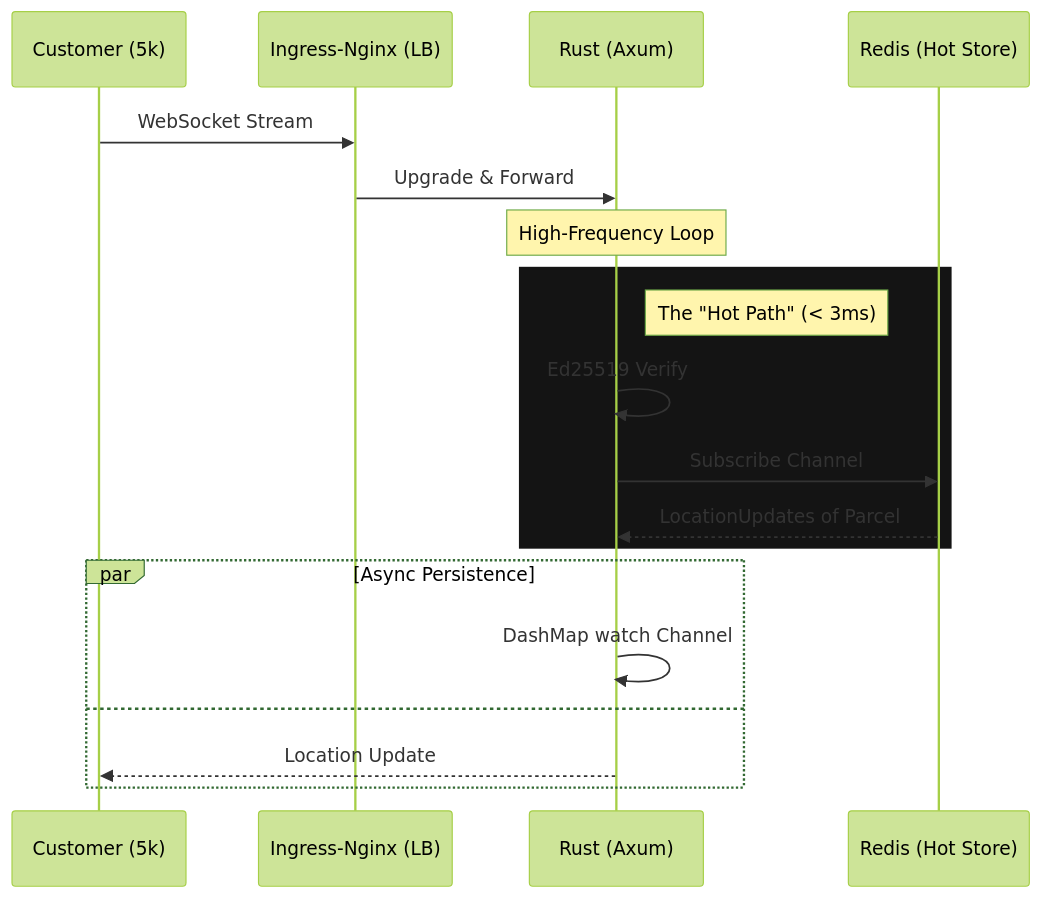
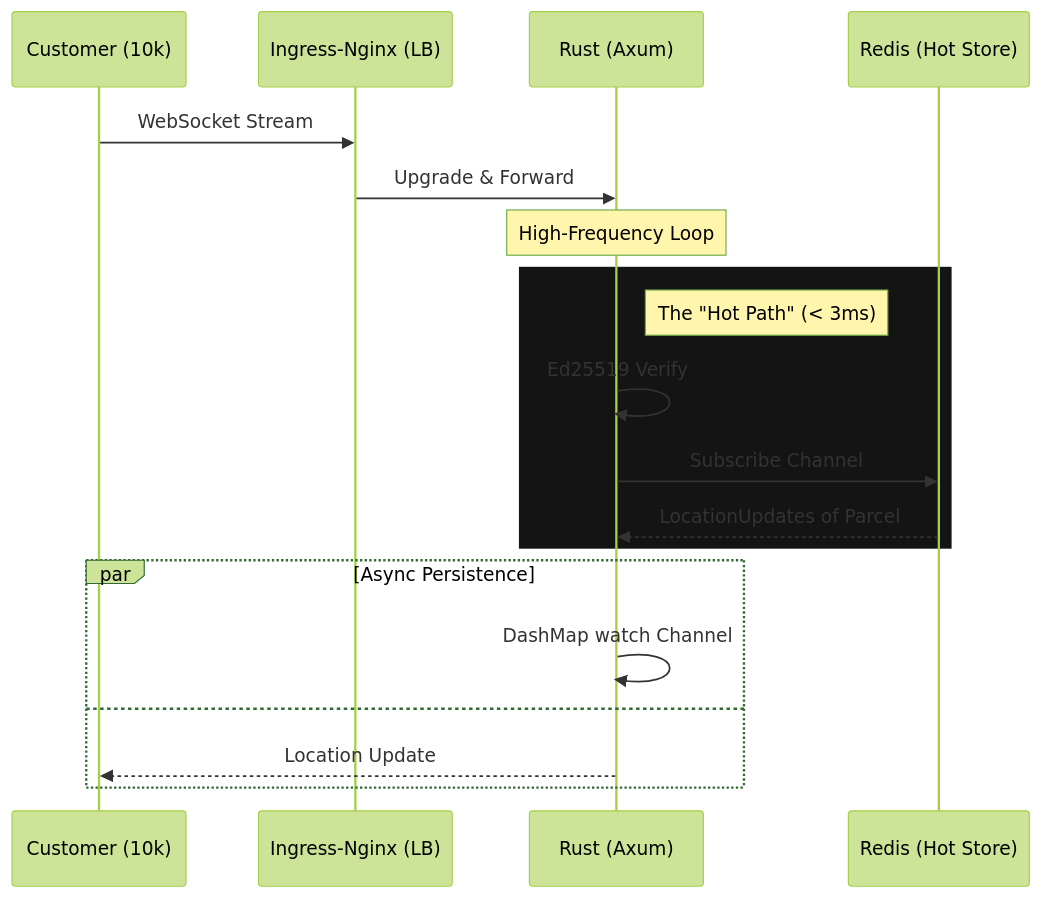
The second of 2 diagrams in README.md (fossabot/high-concurrency-logistics-engine), drawn with Mermaid (forest theme) before and after one commit. The commit also changed other lines of this file, not shown here.

````diff
--- a/README.md
+++ b/README.md
@@ -106,26 +106,26 @@
 ```mermaid
 sequenceDiagram
-    participant C as Customer (5k)
+    participant C as Customer (10k)
     participant N as Ingress-Nginx (LB)
     participant R as Rust (Axum)
     participant D as Redis (Hot Store)
 
     C->>N: WebSocket Stream
     N->>R: Upgrade & Forward
     
     Note over R: High-Frequency Loop
     
     rect rgb(20, 20, 20)
         Note right of R: The "Hot Path" (< 3ms)
         R->>R: Ed25519 Verify
         R->>D: Subscribe Channel 
         D-->>R: LocationUpdates of Parcel
     end
 
     par Async Persistence
         R->>R: DashMap watch Channel
         and
         R-->>C: Location Update
        
     end
 ```
````
